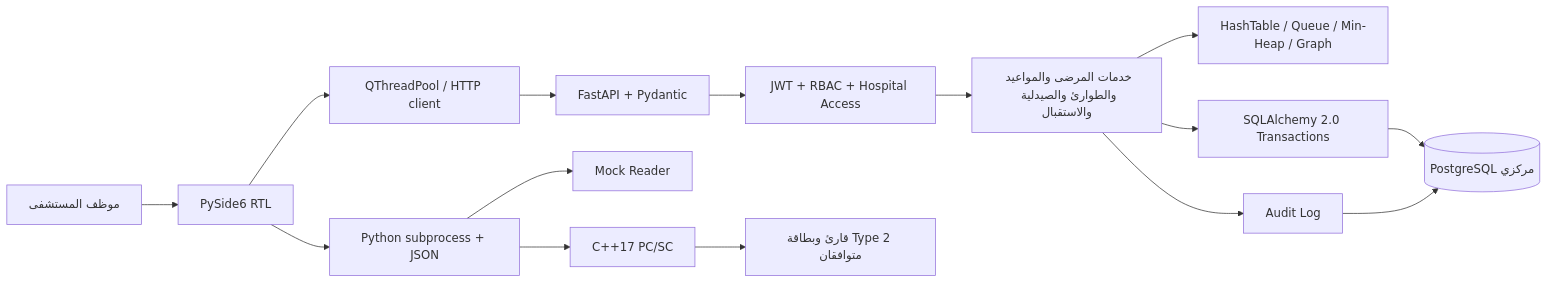
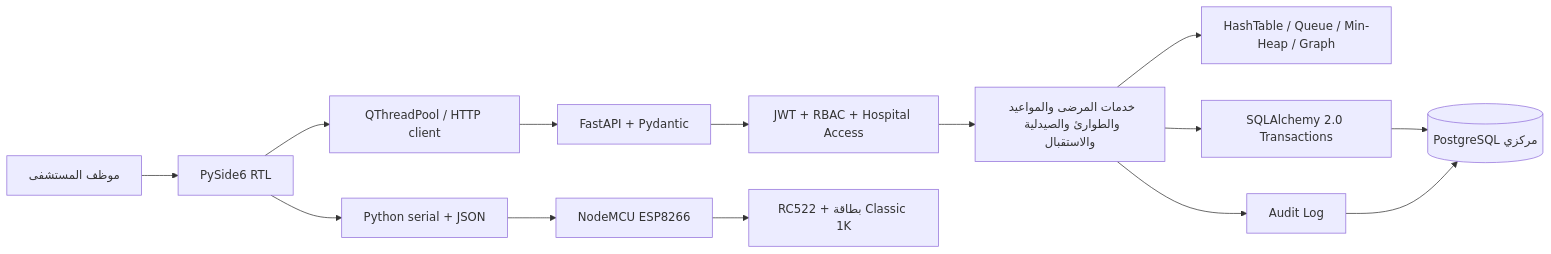
One commit to lithlithqa11-bit/HOS changed the diagram in docs/architecture.md. Above: the diagram before and after it, drawn with Mermaid. The commit also changed other lines of this file and 34 other files, not shown here.

````diff
--- a/docs/architecture.md
+++ b/docs/architecture.md
@@ -3,17 +3,16 @@
 ```mermaid
 flowchart LR
   Staff[موظف المستشفى] --> Desktop[PySide6 RTL]
   Desktop --> Workers[QThreadPool / HTTP client]
   Workers --> API[FastAPI + Pydantic]
   API --> Auth[JWT + RBAC + Hospital Access]
   Auth --> Services[خدمات المرضى والمواعيد والطوارئ والصيدلية والاستقبال]
   Services --> DS[HashTable / Queue / Min-Heap / Graph]
   Services --> ORM[SQLAlchemy 2.0 Transactions]
   ORM --> PG[(PostgreSQL مركزي)]
   Services --> Audit[Audit Log]
   Audit --> PG
-  Desktop --> Bridge[Python subprocess + JSON]
-  Bridge --> Mock[Mock Reader]
-  Bridge --> CPP[C++17 PC/SC]
-  CPP --> Hardware[قارئ وبطاقة Type 2 متوافقان]
+  Desktop --> Bridge[Python serial + JSON]
+  Bridge --> Board[NodeMCU ESP8266]
+  Board --> Hardware[RC522 + بطاقة Classic 1K]
 ```
````
